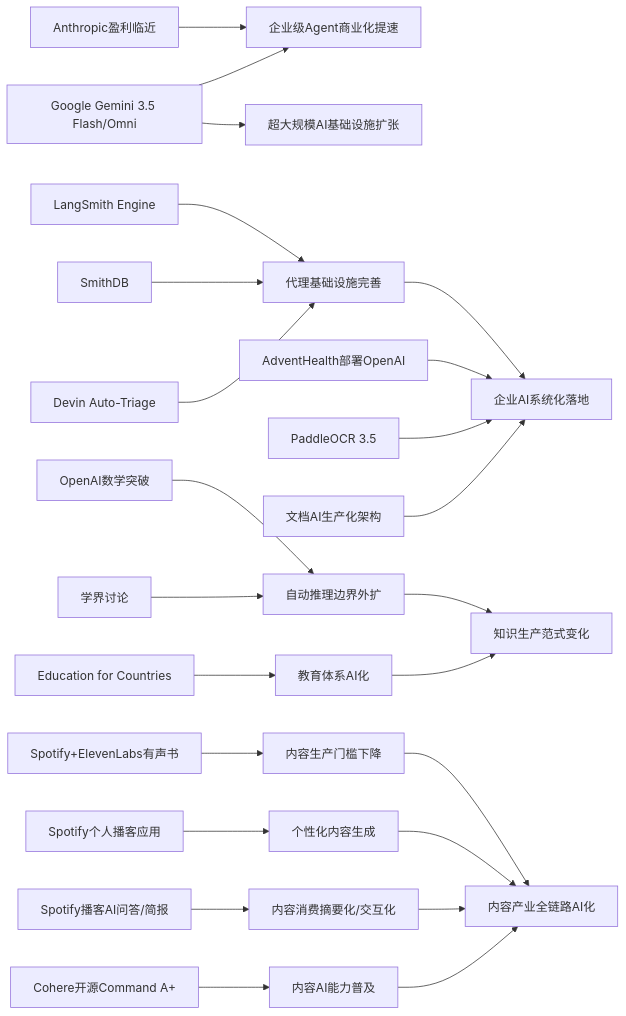
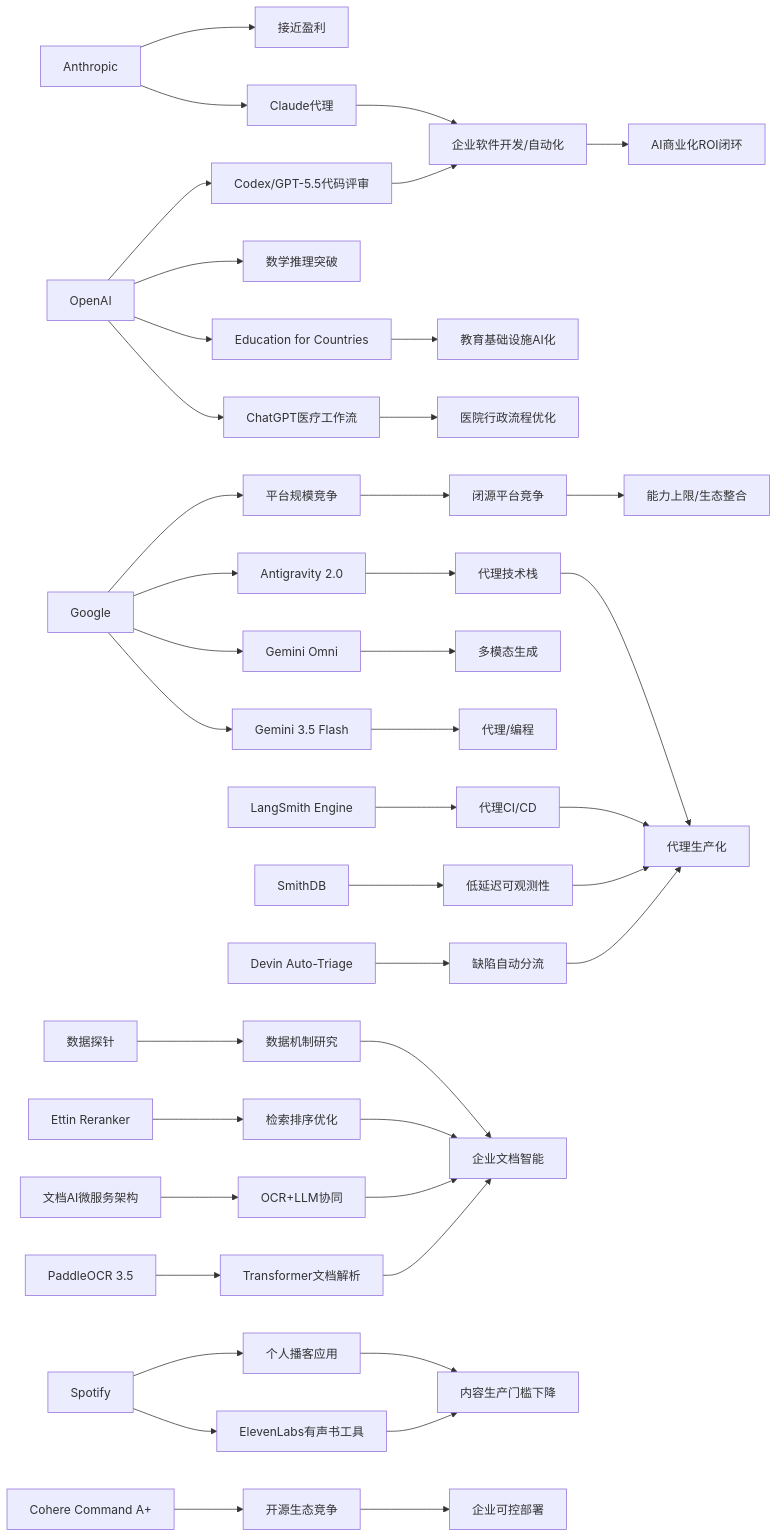
One commit to zhuxinfei/ai-daily-site changed the diagram in content/cn/2026/2026-05/2026-05-21.md. Above: the diagram before and after it, drawn with Mermaid. The commit also changed other lines of this file, not shown here.

````diff
--- a/content/cn/2026/2026-05/2026-05-21.md
+++ b/content/cn/2026/2026-05/2026-05-21.md
@@ -110,37 +149,50 @@
 ```mermaid
 graph LR
-    A[Anthropic盈利临近] --> B[企业级Agent商业化提速]
-    C[Google Gemini 3.5 Flash/Omni] --> B
-    C --> D[超大规模AI基础设施扩张]
+    A[Anthropic] --> B[Claude代理]
+    A --> C[接近盈利]
+    B --> D[企业软件开发/自动化]
+    D --> E[AI商业化ROI闭环]
 
-    E[LangSmith Engine]
-    F[SmithDB]
-    G[Devin Auto-Triage]
-    E --> H[代理基础设施完善]
-    F --> H
-    G --> H
+    F[OpenAI] --> G[ChatGPT医疗工作流]
+    F --> H[Education for Countries]
+    F --> I[数学推理突破]
+    F --> J[Codex/GPT-5.5代码评审]
+    G --> K[医院行政流程优化]
+    H --> L[教育基础设施AI化]
+    J --> D
 
-    I[AdventHealth部署OpenAI]
-    J[PaddleOCR 3.5]
-    K[文档AI生产化架构]
-    H --> L[企业AI系统化落地]
-    I --> L
-    J --> L
-    K --> L
+    M[Google] --> N[Gemini 3.5 Flash]
+    M --> O[Gemini Omni]
+    M --> P[Antigravity 2.0]
+    N --> Q[代理/编程]
+    O --> R[多模态生成]
+    P --> S[代理技术栈]
+    M --> T[平台规模竞争]
 
-    M[OpenAI数学突破] --> N[自动推理边界外扩]
-    O[学界讨论] --> N
-    P[Education for Countries] --> Q[教育体系AI化]
-    N --> R[知识生产范式变化]
-    Q --> R
-
-    S[Spotify+ElevenLabs有声书] --> T[内容生产门槛下降]
-    U[Spotify个人播客应用] --> V[个性化内容生成]
-    W[Spotify播客AI问答/简报] --> X[内容消费摘要化/交互化]
-    Y[Cohere开源Command A+] --> Z[内容AI能力普及]
-
-    T --> AA[内容产业全链路AI化]
-    V --> AA
+    U[LangSmith Engine] --> V[代理CI/CD]
+    W[SmithDB] --> X[低延迟可观测性]
+    Y[Devin Auto-Triage] --> Z[缺陷自动分流]
+    V --> AA[代理生产化]
     X --> AA
     Z --> AA
+    S --> AA
+
+    AB[PaddleOCR 3.5] --> AC[Transformer文档解析]
+    AD[文档AI微服务架构] --> AE[OCR+LLM协同]
+    AF[Ettin Reranker] --> AG[检索排序优化]
+    AH[数据探针] --> AI[数据机制研究]
+    AC --> AJ[企业文档智能]
+    AE --> AJ
+    AG --> AJ
+    AI --> AJ
+
+    AK[Spotify] --> AL[ElevenLabs有声书工具]
+    AK --> AM[个人播客应用]
+    AL --> AN[内容生产门槛下降]
+    AM --> AN
+
+    AO[Cohere Command A+] --> AP[开源生态竞争]
+    T --> AQ[闭源平台竞争]
+    AP --> AR[企业可控部署]
+    AQ --> AS[能力上限/生态整合]
 ```
````
